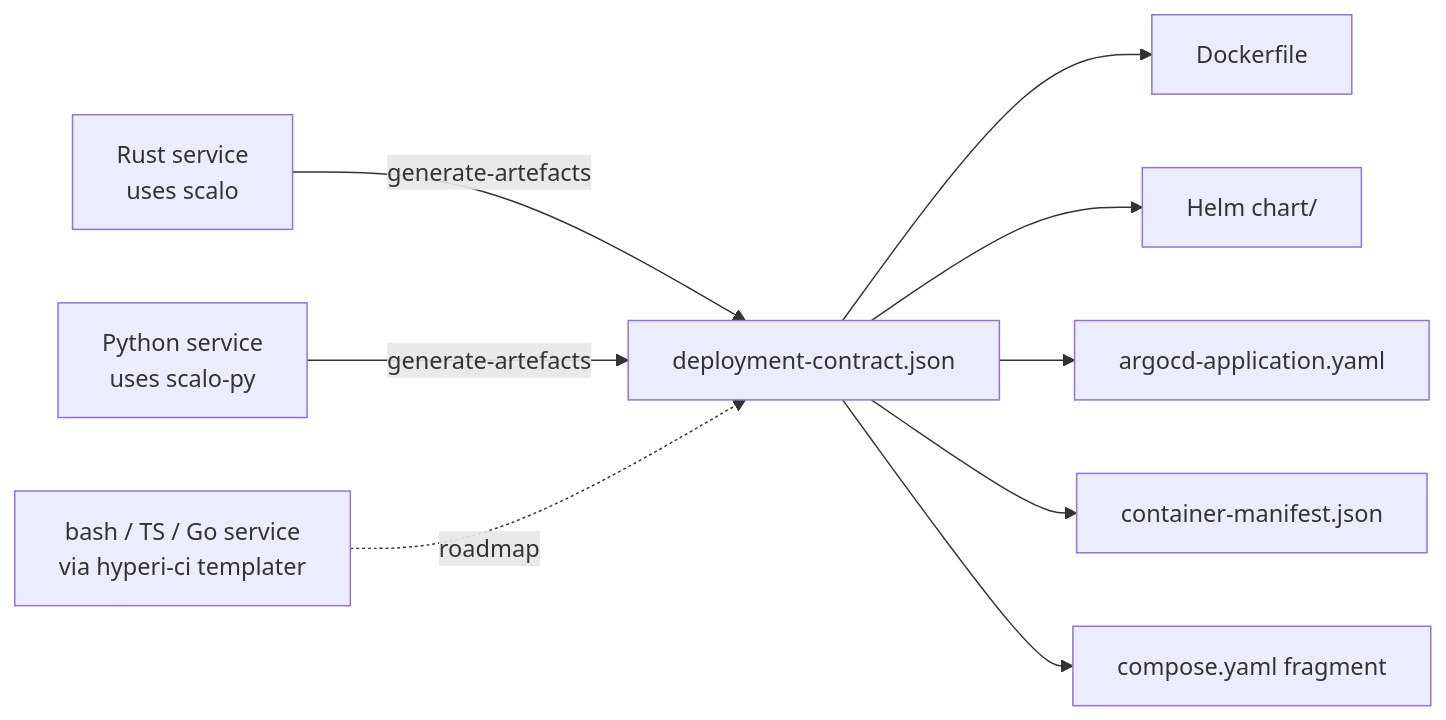
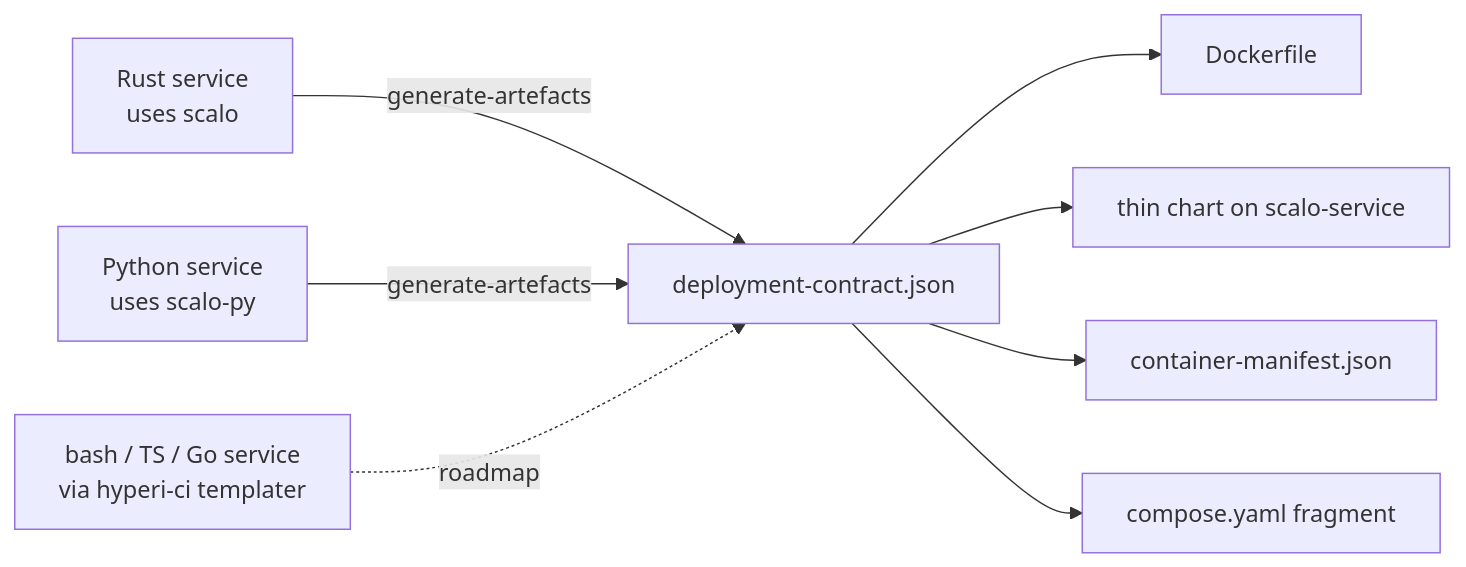
The diagram in docs/deployment/contract.md (hyperi-io/scalo-rs), drawn with Mermaid before and after one commit. The commit also changed other lines of this file and 38 other files, not shown here.

First line of the commit message:
fix: retire the chart and argocd generators (#324)

````diff
--- a/docs/deployment/contract.md
+++ b/docs/deployment/contract.md
@@ -70,11 +71,10 @@
 ```mermaid
 flowchart LR
     R[Rust service<br/>uses scalo] -->|generate-artefacts| C[deployment-contract.json]
     P[Python service<br/>uses scalo-py] -->|generate-artefacts| C
     O[bash / TS / Go service<br/>via hyperi-ci templater] -.roadmap.-> C
     C --> D[Dockerfile]
-    C --> H[Helm chart/]
-    C --> A[argocd-application.yaml]
+    C --> H[thin chart on scalo-service]
     C --> CM[container-manifest.json]
     C --> CS[compose.yaml fragment]
 ```
````
